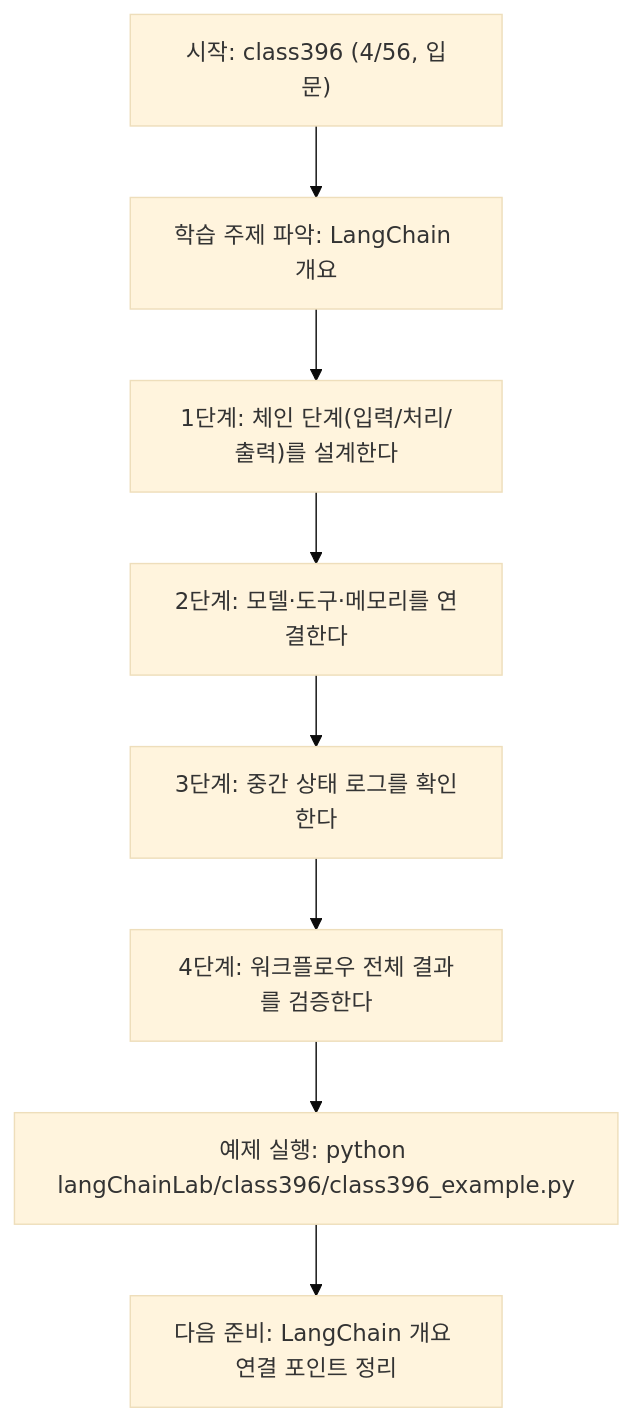
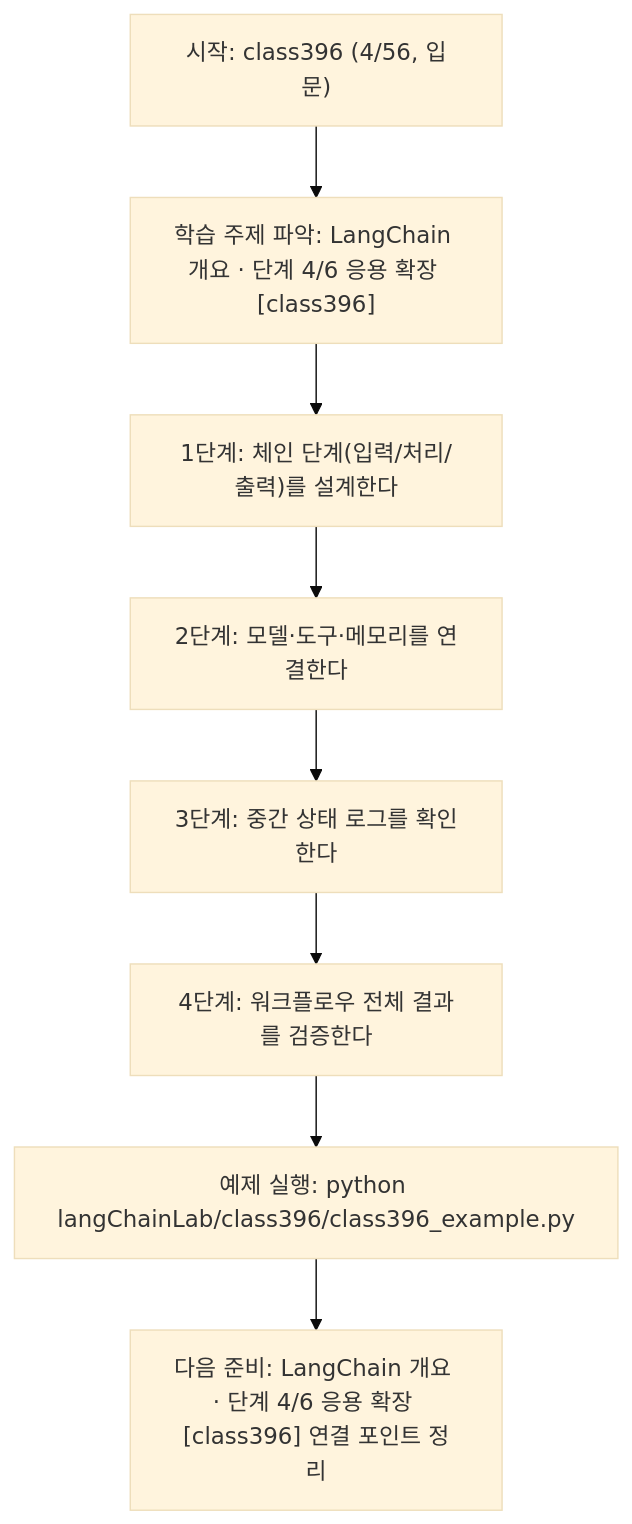
One commit to edumgt/Python-AI_Agent-Class changed the diagram in langChainLab/class396/class396.md. Above: the diagram before and after it, drawn with Mermaid (base theme). The commit also changed other lines of this file and 522 other files, not shown here.

````diff
--- a/langChainLab/class396/class396.md
+++ b/langChainLab/class396/class396.md
@@ -108,18 +109,18 @@
 ```mermaid
 flowchart TD
 N1["시작: class396 (4/56, 입문)"]
-N2["학습 주제 파악: LangChain 개요"]
+N2["학습 주제 파악: LangChain 개요 · 단계 4/6 응용 확장 [class396]"]
 N3["1단계: 체인 단계(입력/처리/출력)를 설계한다"]
 N4["2단계: 모델·도구·메모리를 연결한다"]
 N5["3단계: 중간 상태 로그를 확인한다"]
 N6["4단계: 워크플로우 전체 결과를 검증한다"]
 N7["예제 실행: python langChainLab/class396/class396_example.py"]
-N8["다음 준비: LangChain 개요 연결 포인트 정리"]
+N8["다음 준비: LangChain 개요 · 단계 4/6 응용 확장 [class396] 연결 포인트 정리"]
 N1 --> N2
 N2 --> N3
 N3 --> N4
 N4 --> N5
 N5 --> N6
 N6 --> N7
 N7 --> N8
 ```
````
